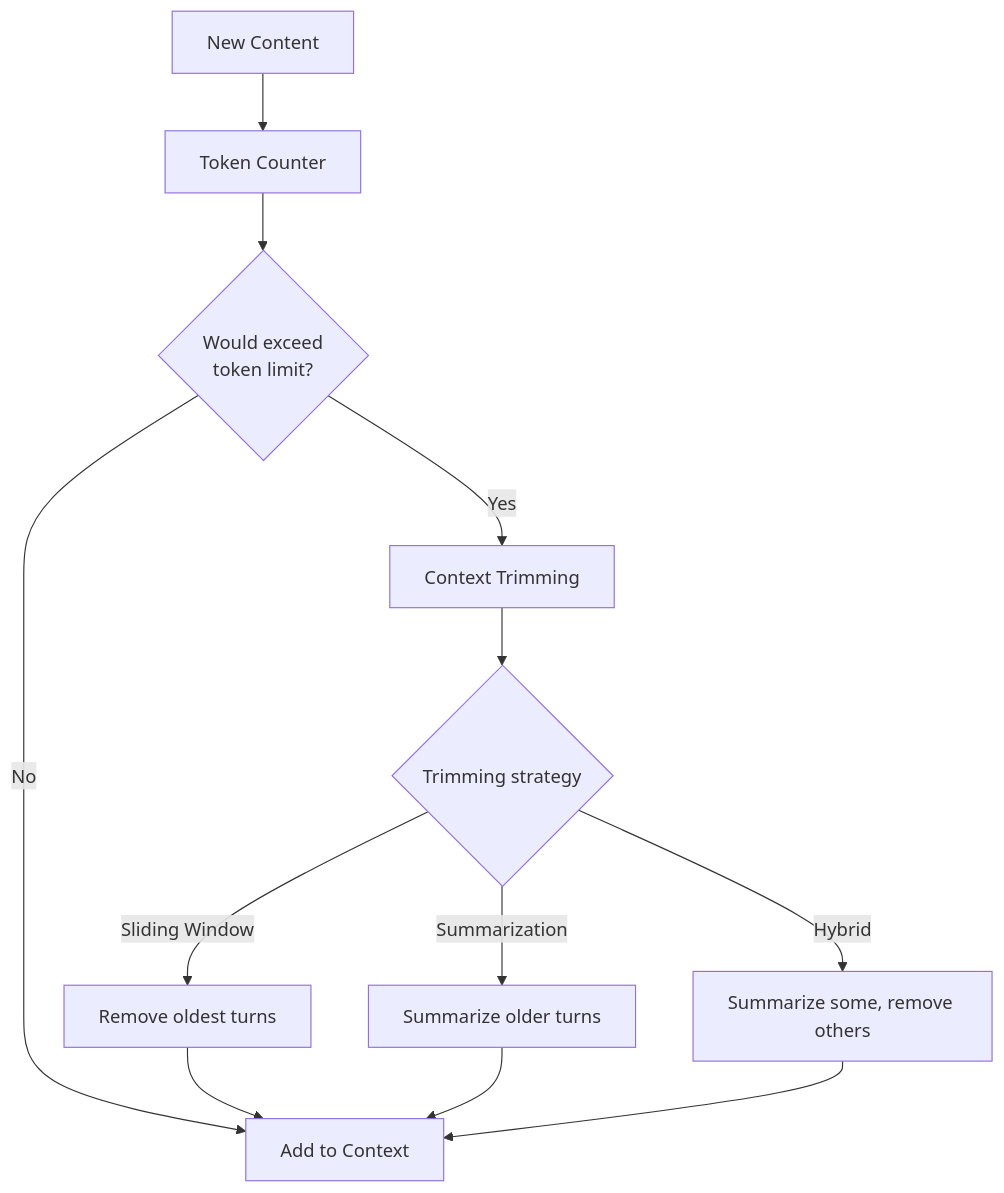
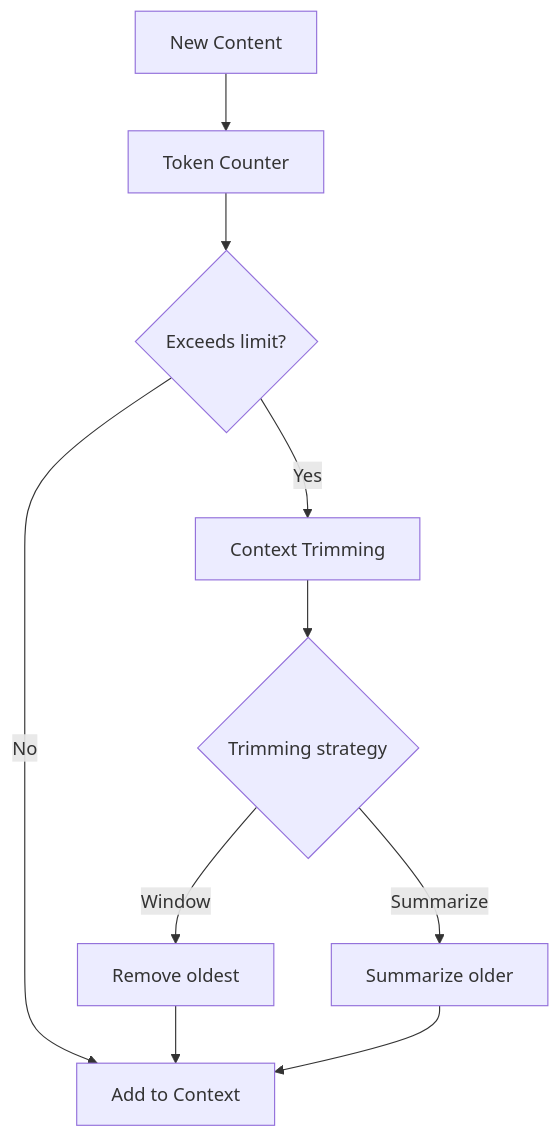
One commit to BlueCentre/cli-code changed the eighth of 8 diagrams in docs/architecture.md. Above: the diagram before and after it, drawn with Mermaid. The commit also changed other lines of this file, not shown here.

Commit message:
docs: Simplify Mermaid diagrams for improved GitHub rendering

````diff
--- a/docs/architecture.md
+++ b/docs/architecture.md
@@ -381,16 +318,14 @@
 ```mermaid
 flowchart TD
     A[New Content] --> B[Token Counter]
-    B --> C{Would exceed\ntoken limit?}
+    B --> C{Exceeds limit?}
     C -->|Yes| D[Context Trimming]
     C -->|No| E[Add to Context]
     
     D --> F{Trimming strategy}
-    F -->|Sliding Window| G[Remove oldest turns]
-    F -->|Summarization| H[Summarize older turns]
-    F -->|Hybrid| I[Summarize some, remove others]
+    F -->|Window| G[Remove oldest]
+    F -->|Summarize| H[Summarize older]
     
     G --> E
     H --> E
-    I --> E
 ```
````
